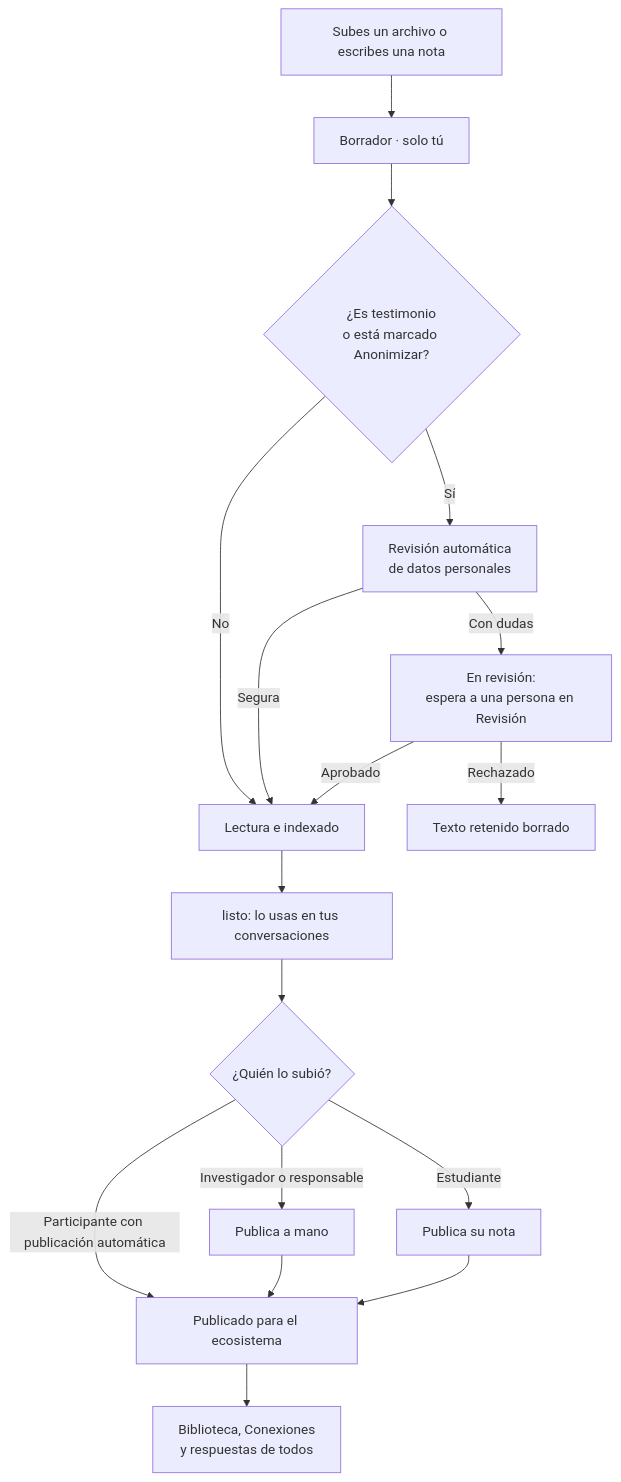
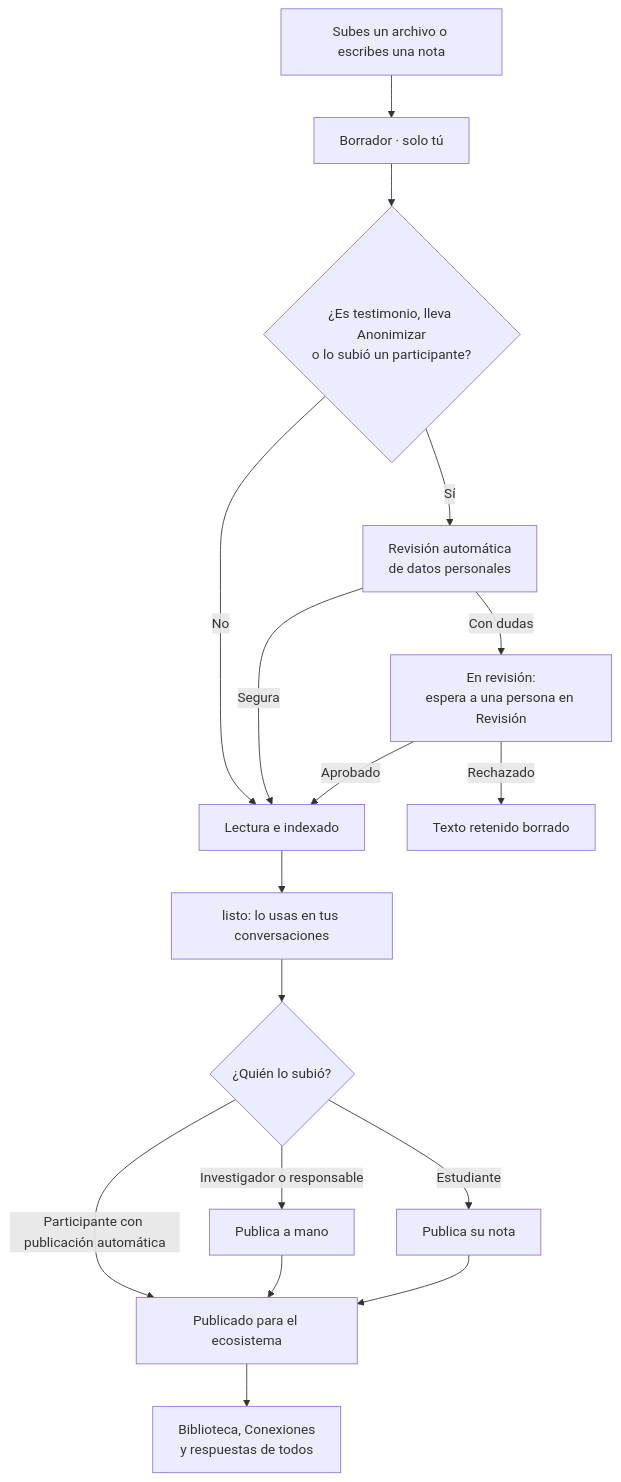
One commit to ecosistemas-de-conocimiento/ecosistemas-de-conocimiento changed the diagram in docs/08-manuales/manual-de-usuario.md. Above: the diagram before and after it, drawn with Mermaid. The commit also changed other lines of this file and 5 other files, not shown here.

````diff
--- a/docs/08-manuales/manual-de-usuario.md
+++ b/docs/08-manuales/manual-de-usuario.md
@@ -584,17 +623,17 @@
 ```mermaid
 flowchart TD
     A[Subes un archivo o escribes una nota] --> B["Borrador · solo tú"]
-    B --> C{¿Es testimonio<br/>o está marcado Anonimizar?}
+    B --> C{¿Es testimonio, lleva Anonimizar<br/>o lo subió un participante?}
     C -- No --> E[Lectura e indexado]
     C -- Sí --> D[Revisión automática<br/>de datos personales]
     D -- Segura --> E
     D -- Con dudas --> R[En revisión:<br/>espera a una persona en Revisión]
     R -- Aprobado --> E
     R -- Rechazado --> X[Texto retenido borrado]
     E --> L[listo: lo usas en tus conversaciones]
     L --> P{¿Quién lo subió?}
     P -- Participante con publicación automática --> PUB[Publicado para el ecosistema]
     P -- Investigador o responsable --> M[Publica a mano] --> PUB
     P -- Estudiante --> N[Publica su nota] --> PUB
     PUB --> BIB[Biblioteca, Conexiones<br/>y respuestas de todos]
 ```
````
